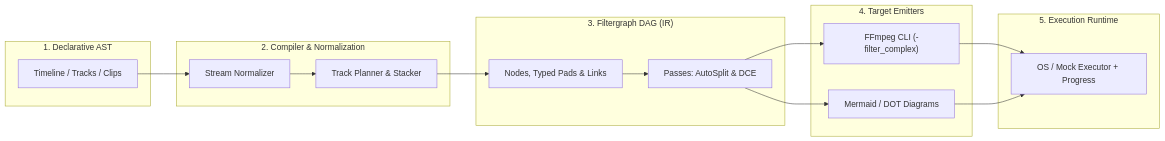
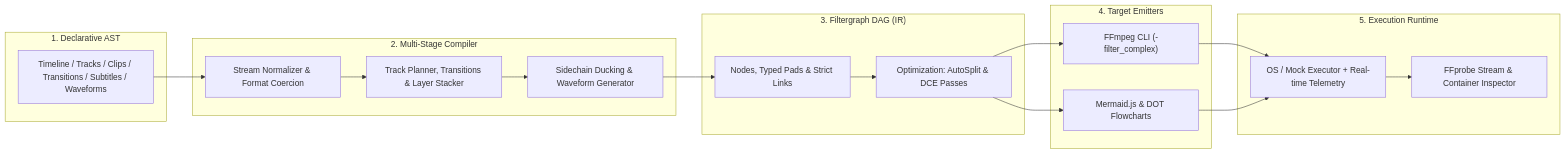
The diagram in README.md (farshidrezaei/vidonex), drawn with Mermaid before and after one commit. The commit also changed other lines of this file and 3 other files, not shown here.

````diff
--- a/README.md
+++ b/README.md
@@ -29,27 +34,29 @@
 ```mermaid
 graph LR
     subgraph TimelineAST["1. Declarative AST"]
-        TL["Timeline / Tracks / Clips"]
+        TL["Timeline / Tracks / Clips / Transitions / Subtitles / Waveforms"]
     end
 
-    subgraph Compiler["2. Compiler & Normalization"]
-        Norm["Stream Normalizer"]
-        Plan["Track Planner & Stacker"]
+    subgraph Compiler["2. Multi-Stage Compiler"]
+        Norm["Stream Normalizer & Format Coercion"]
+        Plan["Track Planner, Transitions & Layer Stacker"]
+        Duck["Sidechain Ducking & Waveform Generator"]
     end
 
     subgraph IR["3. Filtergraph DAG (IR)"]
-        DAG["Nodes, Typed Pads & Links"]
-        Passes["Passes: AutoSplit & DCE"]
+        DAG["Nodes, Typed Pads & Strict Links"]
+        Passes["Optimization: AutoSplit & DCE Passes"]
     end
 
     subgraph Backends["4. Target Emitters"]
         CLI["FFmpeg CLI (-filter_complex)"]
-        Mermaid["Mermaid / DOT Diagrams"]
+        Mermaid["Mermaid.js & DOT Flowcharts"]
     end
 
     subgraph Runtime["5. Execution Runtime"]
-        Exec["OS / Mock Executor + Progress"]
+        Exec["OS / Mock Executor + Real-time Telemetry"]
+        Probe["FFprobe Stream & Container Inspector"]
     end
 
-    TL --> Norm --> Plan --> DAG --> Passes --> CLI & Mermaid --> Exec
+    TL --> Norm --> Plan --> Duck --> DAG --> Passes --> CLI & Mermaid --> Exec --> Probe
 ```
````
